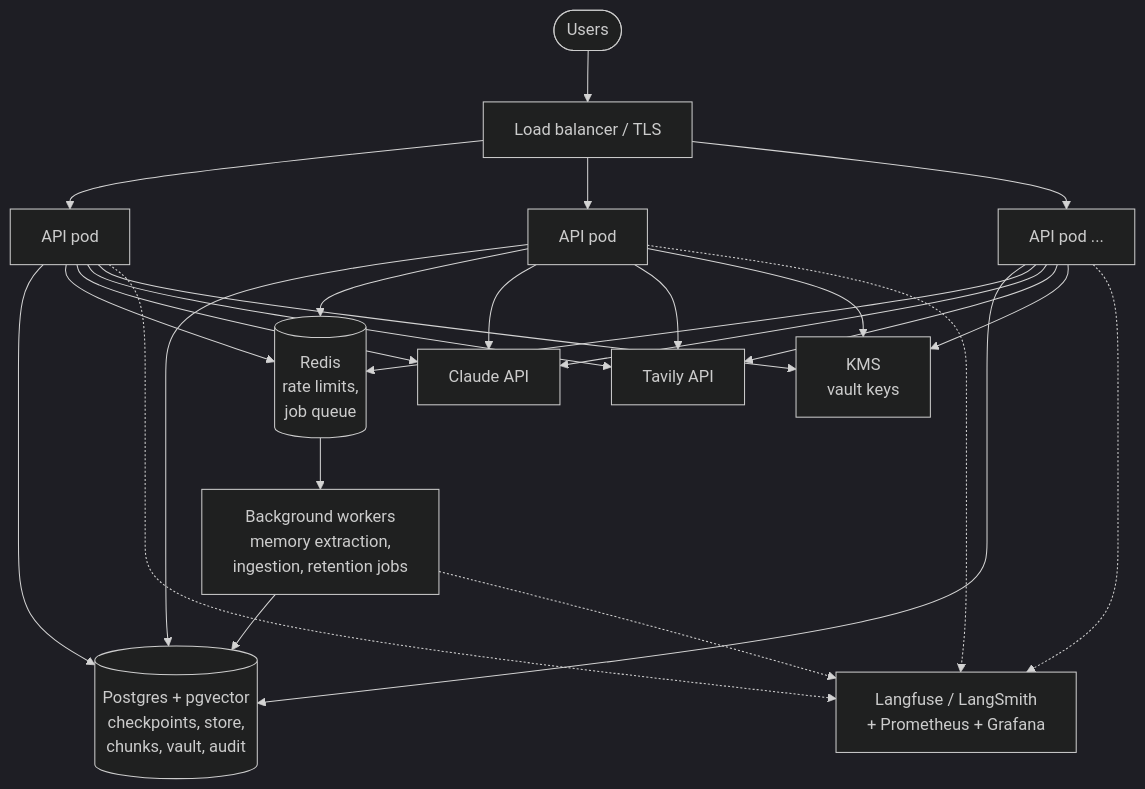
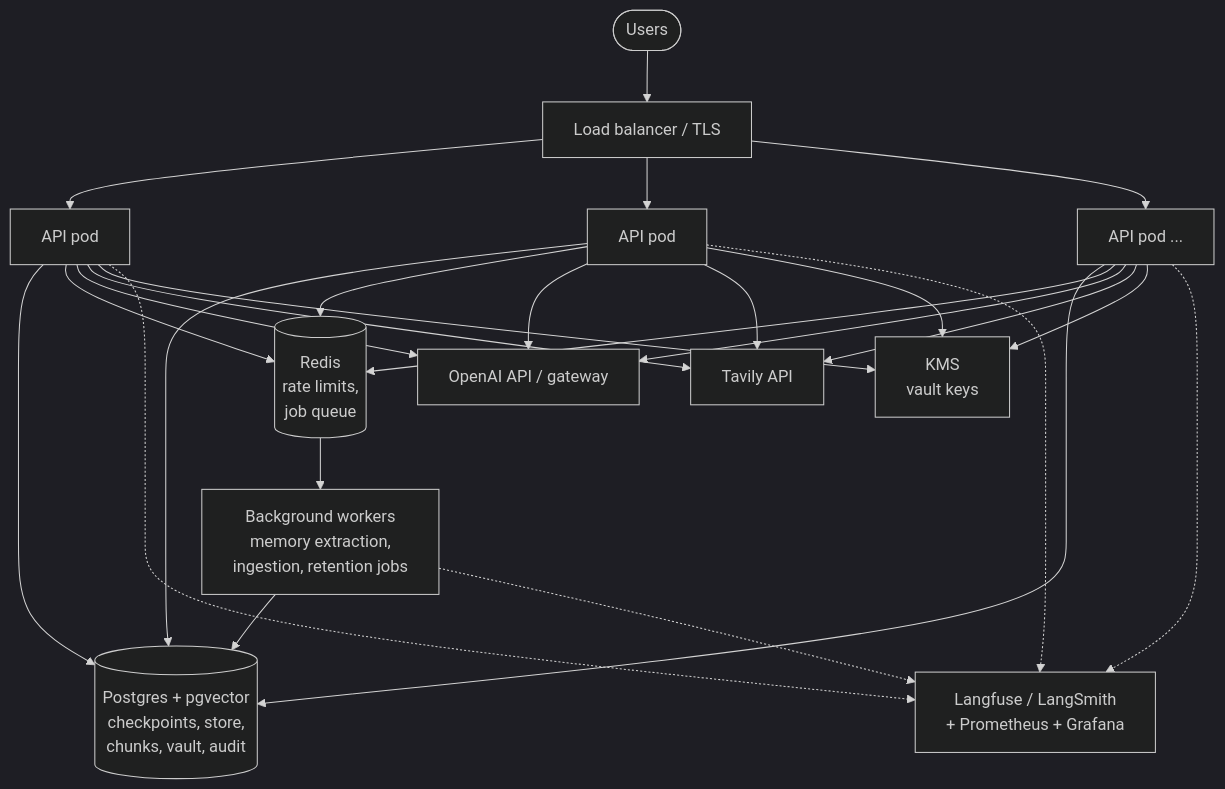
One commit to Anirudh1905/agentic-ai-chatbot changed the first of 2 diagrams in docs/phase-7-production-hardening.md. Above: the diagram before and after it, drawn with Mermaid (dark theme). The commit also changed other lines of this file and 29 other files, not shown here.

````diff
--- a/docs/phase-7-production-hardening.md
+++ b/docs/phase-7-production-hardening.md
@@ -17,19 +17,19 @@
 ```mermaid
 flowchart TB
     Users([Users]) --> LB[Load balancer / TLS]
     LB --> API1[API pod]
     LB --> API2[API pod]
     LB --> APIn[API pod ...]
 
     API1 & API2 & APIn --> PG[(Postgres + pgvector<br/>checkpoints, store,<br/>chunks, vault, audit)]
     API1 & API2 & APIn --> Redis[(Redis<br/>rate limits,<br/>job queue)]
     Redis --> Workers[Background workers<br/>memory extraction,<br/>ingestion, retention jobs]
     Workers --> PG
 
-    API1 & API2 & APIn --> Claude[Claude API]
+    API1 & API2 & APIn --> LLMAPI[OpenAI API / gateway]
     API1 & API2 & APIn --> Tavily[Tavily API]
     API1 & API2 & APIn --> KMS[KMS<br/>vault keys]
 
     API1 & API2 & APIn -.-> Obs[Langfuse / LangSmith<br/>+ Prometheus + Grafana]
     Workers -.-> Obs
 ```
````
